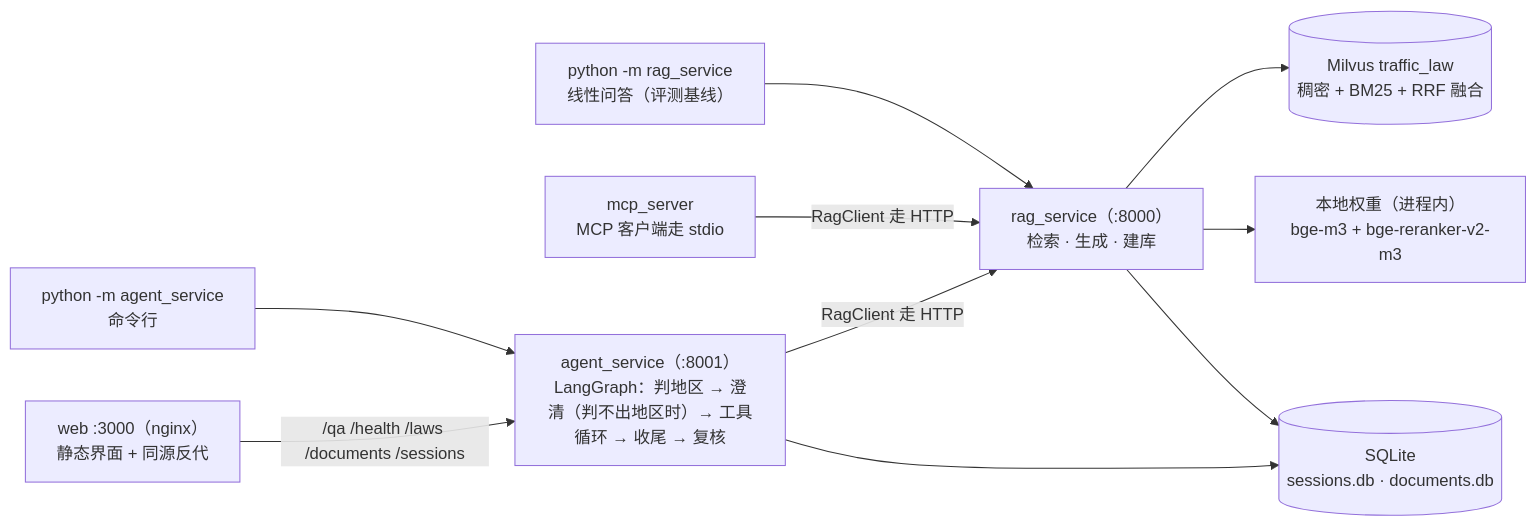
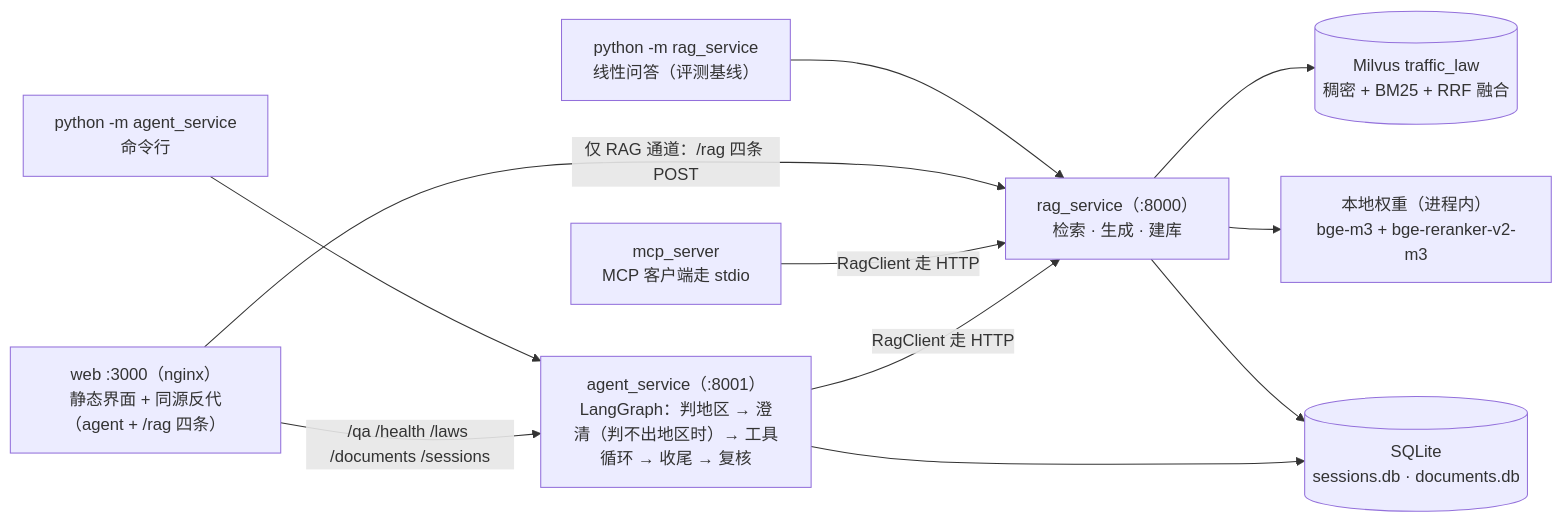
The diagram in README.md (18321963/traffic-law-qa), drawn with Mermaid before and after one commit. The commit also changed other lines of this file and 23 other files, not shown here.

````diff
--- a/README.md
+++ b/README.md
@@ -209,22 +209,23 @@
 ```mermaid
 flowchart LR
     LIN["python -m rag_service<br/>线性问答（评测基线）"]
     CLI["python -m agent_service<br/>命令行"]
-    WEB["web :3000（nginx）<br/>静态界面 + 同源反代"]
+    WEB["web :3000（nginx）<br/>静态界面 + 同源反代（agent + /rag 四条）"]
     MCP["mcp_server<br/>MCP 客户端走 stdio"]
     AGENT["agent_service（:8001）<br/>LangGraph：判地区 → 澄清（判不出地区时）→ 工具循环 → 收尾 → 复核"]
     RAG["rag_service（:8000）<br/>检索 · 生成 · 建库"]
     MV[(Milvus traffic_law<br/>稠密 + BM25 + RRF 融合)]
     MODELS["本地权重（进程内）<br/>bge-m3 + bge-reranker-v2-m3"]
     SQL[(SQLite<br/>sessions.db · documents.db)]
 
     LIN --> RAG
     CLI --> AGENT
     WEB -->|"/qa /health /laws /documents /sessions"| AGENT
+    WEB -->|"仅 RAG 通道：/rag 四条 POST"| RAG
     MCP -->|RagClient 走 HTTP| RAG
     AGENT -->|RagClient 走 HTTP| RAG
     RAG --> MV
     RAG --> MODELS
     RAG --> SQL
     AGENT --> SQL
 ```
````
